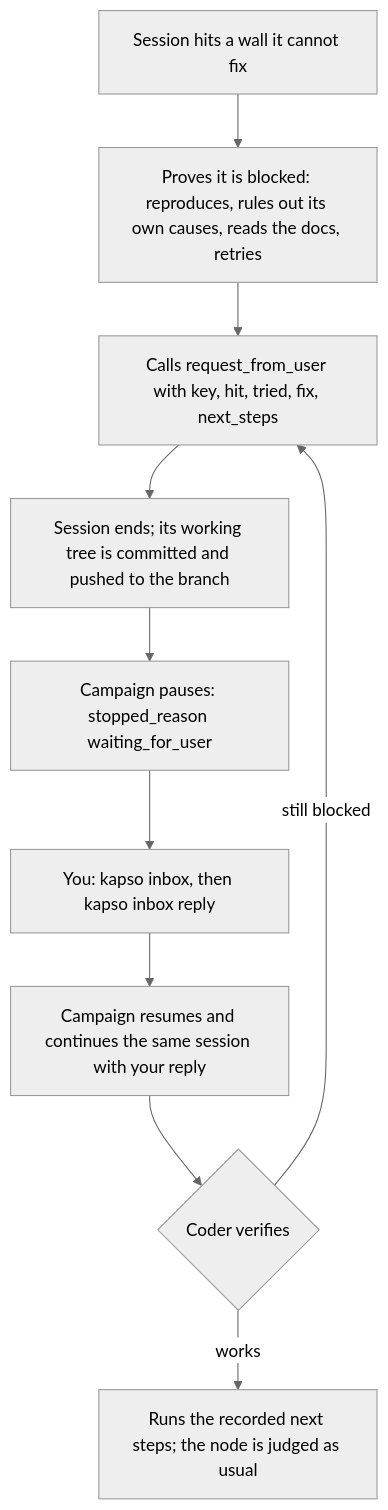
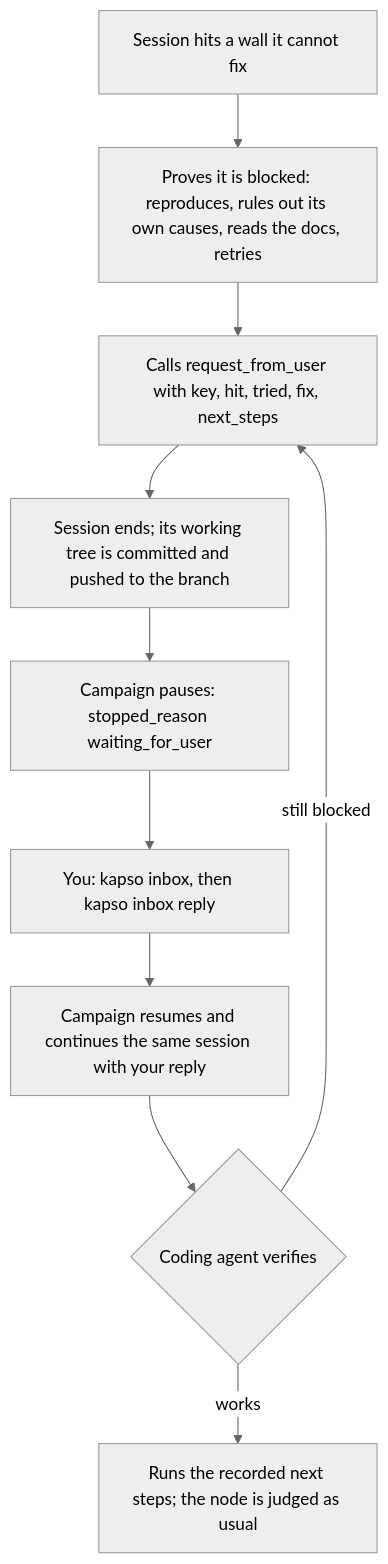
Before and after one commit to Leeroo-AI/kapso: the diagram in docs/evolve/inbox.mdx, drawn with Mermaid (neutral theme). The commit also changed other lines of this file and 13 other files, not shown here.

````diff
--- a/docs/evolve/inbox.mdx
+++ b/docs/evolve/inbox.mdx
@@ -19,12 +16,12 @@
 ```mermaid
 flowchart TD
     A["Session hits a wall it cannot fix"] --> B["Proves it is blocked: reproduces, rules out its own causes, reads the docs, retries"]
     B --> C["Calls request_from_user with key, hit, tried, fix, next_steps"]
     C --> D["Session ends; its working tree is committed and pushed to the branch"]
     D --> E["Campaign pauses: stopped_reason waiting_for_user"]
     E --> F["You: kapso inbox, then kapso inbox reply"]
     F --> G["Campaign resumes and continues the same session with your reply"]
-    G --> H{"Coder verifies"}
+    G --> H{"Coding agent verifies"}
     H -->|works| I["Runs the recorded next steps; the node is judged as usual"]
     H -->|still blocked| C
 ```
````
